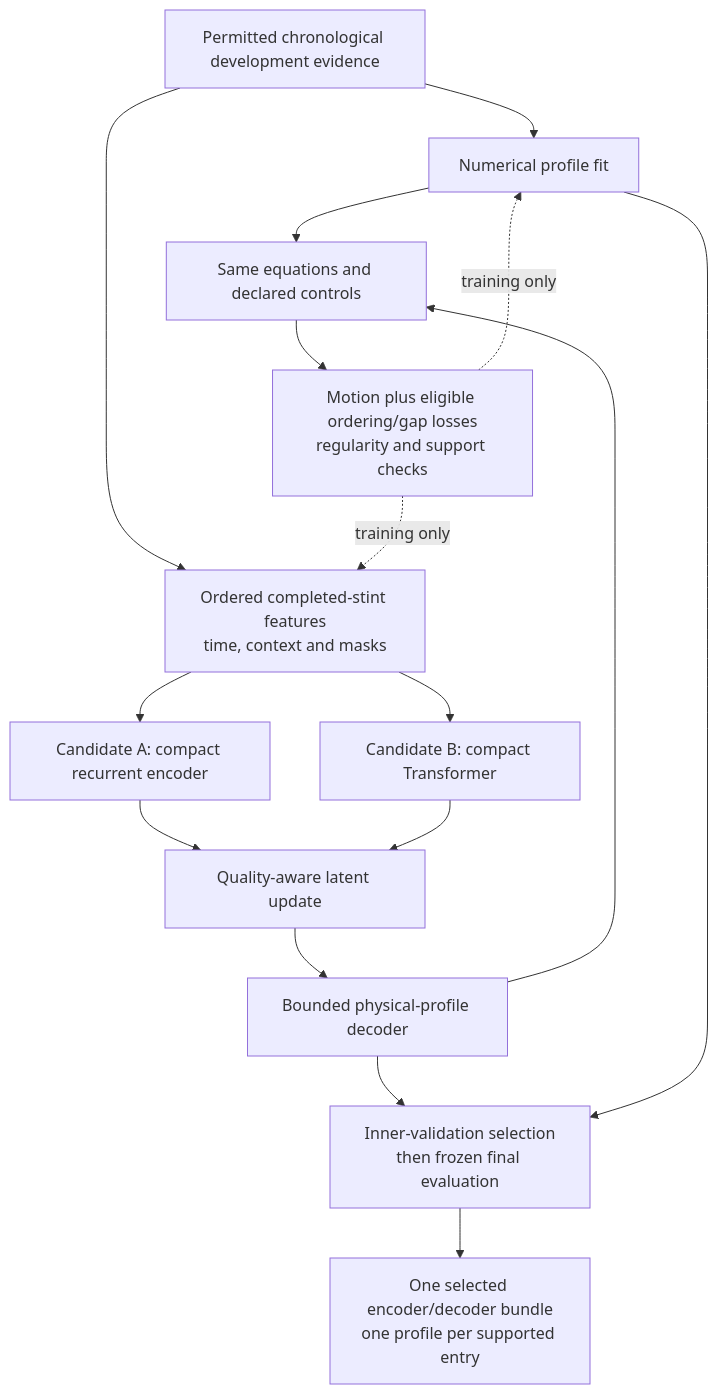
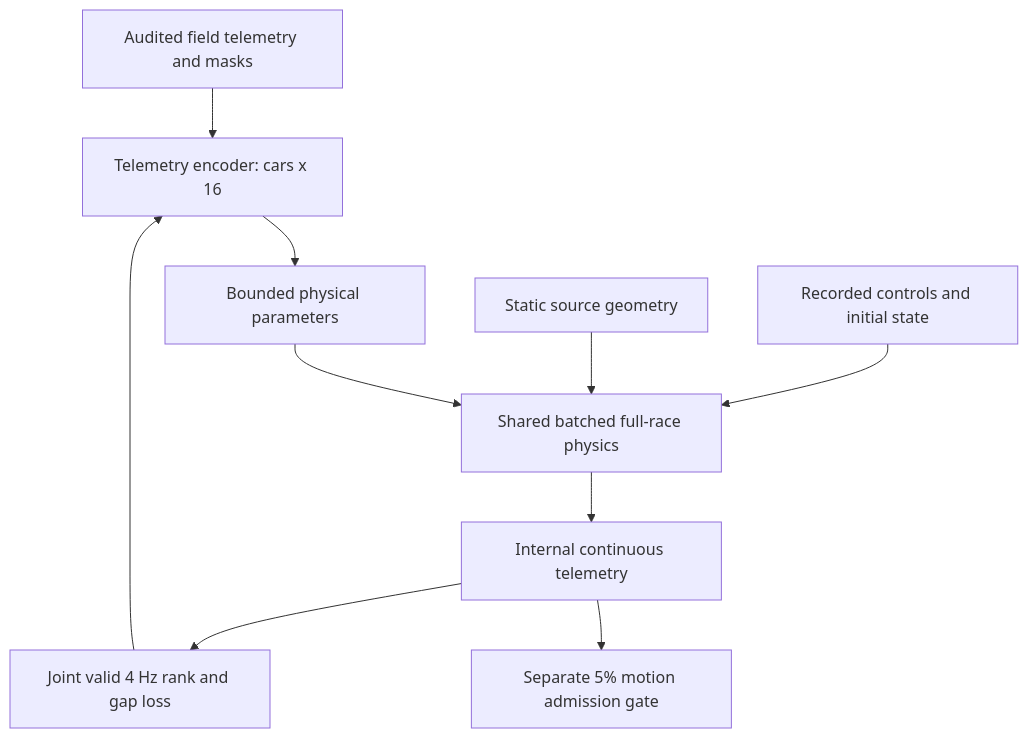
The sixth of 26 diagrams in docs/TRACKSHIFT_FULL_REVISED_ARCHITECTURE_v05.md (shurya2512/poweshift-backend), drawn with Mermaid before and after one commit. The commit also changed other lines of this file and 158 other files, not shown here.

````diff
--- a/docs/TRACKSHIFT_FULL_REVISED_ARCHITECTURE_v05.md
+++ b/docs/TRACKSHIFT_FULL_REVISED_ARCHITECTURE_v05.md
@@ -354,18 +354,12 @@
 ```mermaid
 flowchart TB
-    Split["Permitted chronological development evidence"] --> Base["Numerical profile fit"]
-    Split --> Windows["Ordered completed-stint features<br/>time, context and masks"]
-    Windows --> GRU["Candidate A: compact recurrent encoder"]
-    Windows --> Transformer["Candidate B: compact Transformer"]
-    GRU --> Update["Quality-aware latent update"]
-    Transformer --> Update
-    Update --> Decoder["Bounded physical-profile decoder"]
-    Base --> Plant["Same equations and declared controls"]
-    Decoder --> Plant
-    Plant --> Loss["Motion plus eligible ordering/gap losses<br/>regularity and support checks"]
-    Loss -.->|"training only"| Base
-    Loss -.->|"training only"| Windows
-    Decoder --> Select["Inner-validation selection<br/>then frozen final evaluation"]
-    Base --> Select
-    Select --> Bundle["One selected encoder/decoder bundle<br/>one profile per supported entry"]
+    Evidence["Audited field telemetry and masks"] --> Encoder["Telemetry encoder: cars x 16"]
+    Encoder --> Params["Bounded physical parameters"]
+    Controls["Recorded controls and initial state"] --> Plant["Shared batched full-race physics"]
+    Geometry["Static source geometry"] --> Plant
+    Params --> Plant
+    Plant --> Internal["Internal continuous telemetry"]
+    Internal --> Loss["Joint valid 4 Hz rank and gap loss"]
+    Loss --> Encoder
+    Internal --> Gate["Separate 5% motion admission gate"]
 ```
````
